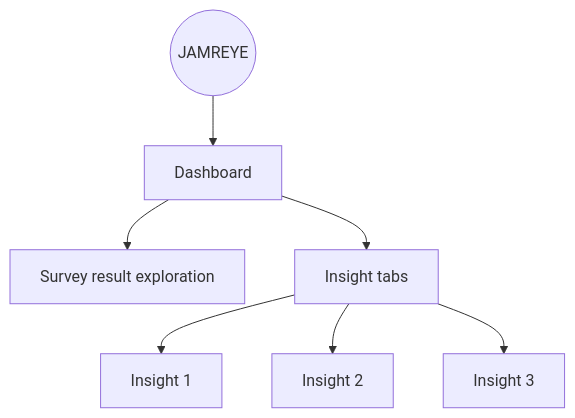
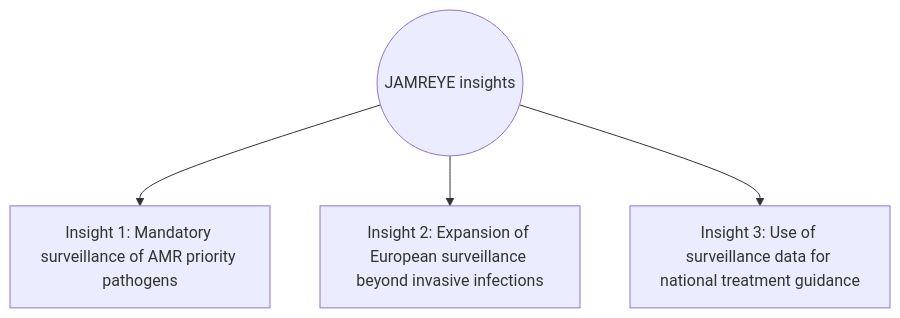
Before and after one commit to EU-JAMRAI-2-WP8-1/AMR-surveillance-dashboard: the diagram in content/md/landing.md, drawn with Mermaid. The commit also changed other lines of this file, not shown here.

````diff
--- a/content/md/landing.md
+++ b/content/md/landing.md
@@ -10,9 +10,6 @@
 ```mermaid
 flowchart TD
-    JAMREYE((JAMREYE)) --> Dashboard
-    Dashboard --> SurveyResultExploration[Survey result exploration]
-    Dashboard --> InsightTabs[Insight tabs]
-    InsightTabs --> Insight1[Insight 1]
-    InsightTabs --> Insight2[Insight 2]
-    InsightTabs --> Insight3[Insight 3]
+    JAMREYE_insights((JAMREYE insights)) --> Insight1[Insight 1: Mandatory surveillance of AMR priority pathogens]
+    JAMREYE_insights((JAMREYE insights)) --> Insight2[Insight 2: Expansion of European surveillance beyond invasive infections]
+    JAMREYE_insights((JAMREYE insights)) --> Insight3[Insight 3: Use of surveillance data for national treatment guidance]
 ```
````
